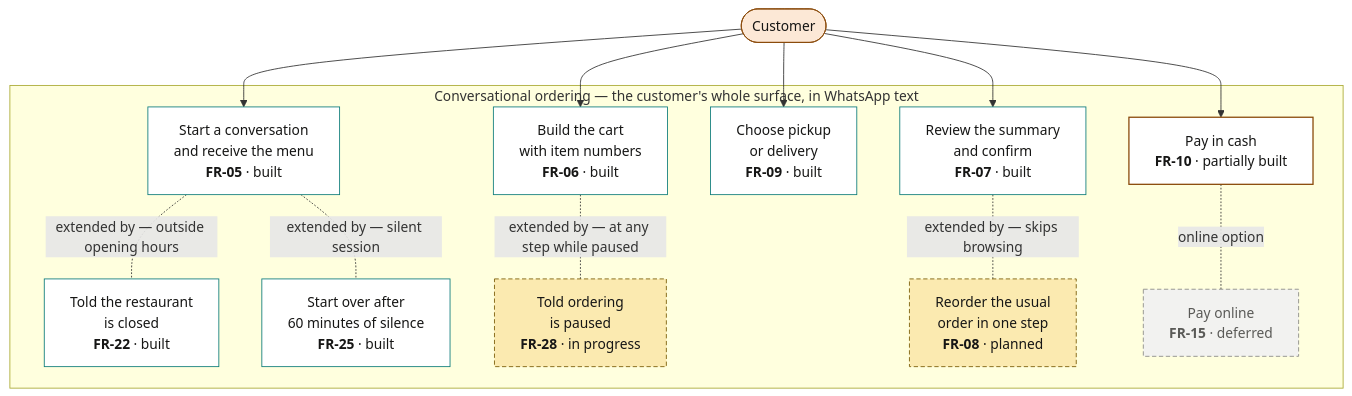
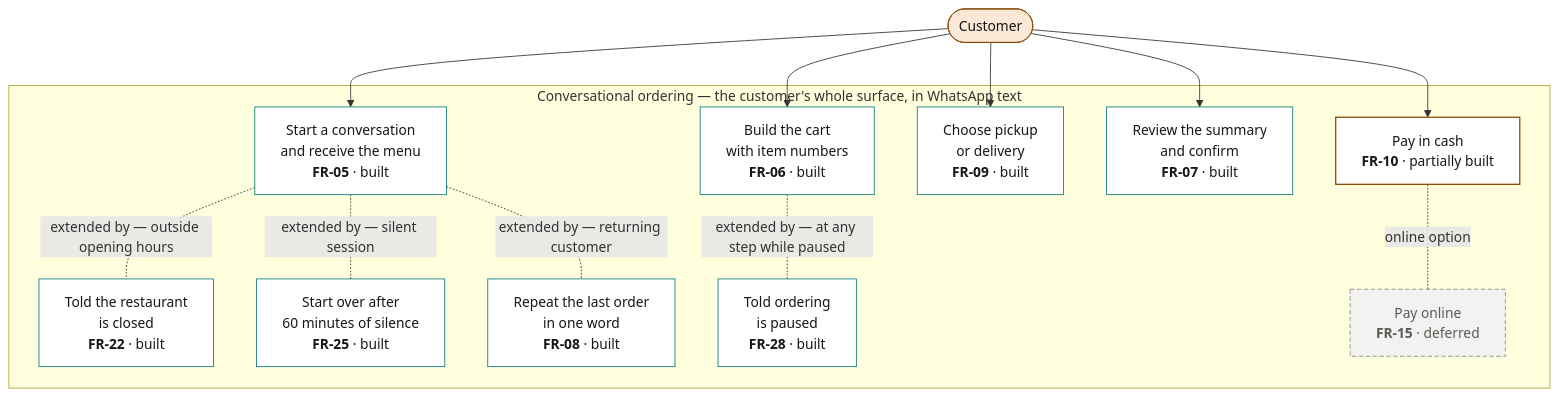
One commit to mozz-labs/sufria changed the diagram in docs/diagrams/03a-use-case-customer.mmd. Above: the diagram before and after it, drawn with Mermaid. The commit also changed 37 other files, not shown here.

First line of the commit message:
docs(wip): Chapter 3 v1.2 diagrams — all rendered, FR-08, FR-28 and menu as built

```diff
--- a/docs/diagrams/03a-use-case-customer.mmd
+++ b/docs/diagrams/03a-use-case-customer.mmd
@@ -1,32 +1,32 @@
 flowchart TB
     classDef actor fill:#FCE8D6,stroke:#8A4A0A,stroke-width:1px,color:#161615
     classDef uc fill:#FFFFFF,stroke:#0E7C7B,stroke-width:1px,color:#161615
     classDef part fill:#FFFFFF,stroke:#8A4A0A,stroke-width:1.5px,color:#161615
     classDef prog fill:#FBEAB0,stroke:#7A5C06,stroke-width:1px,stroke-dasharray:5 3,color:#161615
     classDef defer fill:#F2F2F0,stroke:#8A8A85,stroke-width:1px,stroke-dasharray:5 3,color:#5A5A57
 
     C(["Customer"]):::actor
 
     subgraph ORDERING["Conversational ordering — the customer's whole surface, in WhatsApp text"]
         U5["Start a conversation<br/>and receive the menu<br/><b>FR-05</b> · built"]:::uc
         U6["Build the cart<br/>with item numbers<br/><b>FR-06</b> · built"]:::uc
         U9["Choose pickup<br/>or delivery<br/><b>FR-09</b> · built"]:::uc
         U7["Review the summary<br/>and confirm<br/><b>FR-07</b> · built"]:::uc
         U10["Pay in cash<br/><b>FR-10</b> · partially built"]:::part
         U22["Told the restaurant<br/>is closed<br/><b>FR-22</b> · built"]:::uc
         U25["Start over after<br/>60 minutes of silence<br/><b>FR-25</b> · built"]:::uc
-        U28["Told ordering<br/>is paused<br/><b>FR-28</b> · in progress"]:::prog
-        U8["Reorder the usual<br/>order in one step<br/><b>FR-08</b> · planned"]:::prog
+        U28["Told ordering<br/>is paused<br/><b>FR-28</b> · built"]:::uc
+        U8["Repeat the last order<br/>in one word<br/><b>FR-08</b> · built"]:::uc
         U15["Pay online<br/><b>FR-15</b> · deferred"]:::defer
     end
 
     C --> U5
     C --> U6
     C --> U9
     C --> U7
     C --> U10
     U5 -. "extended by — outside opening hours" .- U22
     U5 -. "extended by — silent session" .- U25
     U6 -. "extended by — at any step while paused" .- U28
-    U7 -. "extended by — skips browsing" .- U8
+    U5 -. "extended by — returning customer" .- U8
     U10 -. "online option" .- U15
```
